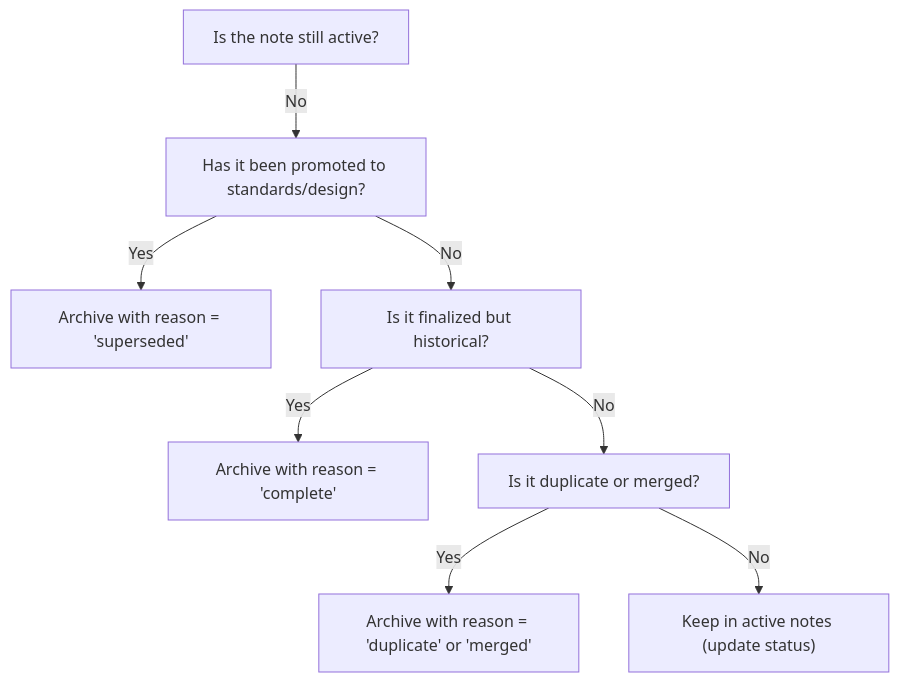
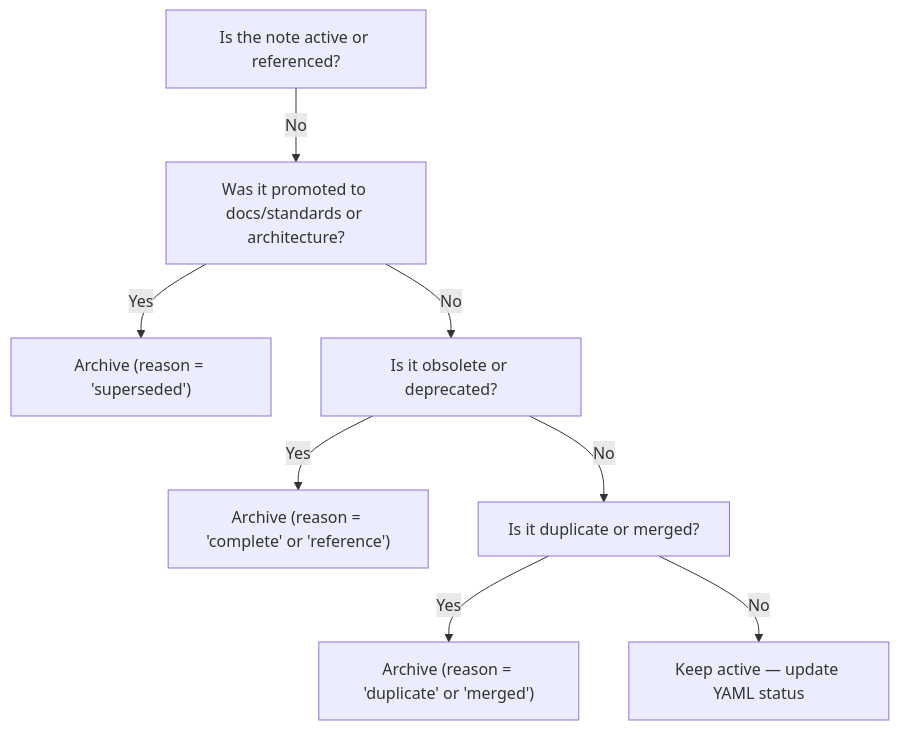
The first of 2 diagrams in docs/notes/archive/README.md (bartytime4life/Kansas-Frontier-Matrix), drawn with Mermaid before and after one commit. The commit also changed other lines of this file, not shown here.

First line of the commit message:
Revise README for Notes Archive with new policies

````diff
--- a/docs/notes/archive/README.md
+++ b/docs/notes/archive/README.md
@@ -170,10 +131,10 @@
 ```mermaid
 flowchart TD
-    A["Is the note still active?"] -->|No| B["Has it been promoted to standards/design?"]
-    B -->|Yes| C["Archive with reason = 'superseded'"]
-    B -->|No| D["Is it finalized but historical?"]
-    D -->|Yes| E["Archive with reason = 'complete'"]
+    A["Is the note active or referenced?"] -->|No| B["Was it promoted to docs/standards or architecture?"]
+    B -->|Yes| C["Archive (reason = 'superseded')"]
+    B -->|No| D["Is it obsolete or deprecated?"]
+    D -->|Yes| E["Archive (reason = 'complete' or 'reference')"]
     D -->|No| F["Is it duplicate or merged?"]
-    F -->|Yes| G["Archive with reason = 'duplicate' or 'merged'"]
-    F -->|No| H["Keep in active notes (update status)"]
+    F -->|Yes| G["Archive (reason = 'duplicate' or 'merged')"]
+    F -->|No| H["Keep active — update YAML status"]
 ```
````
